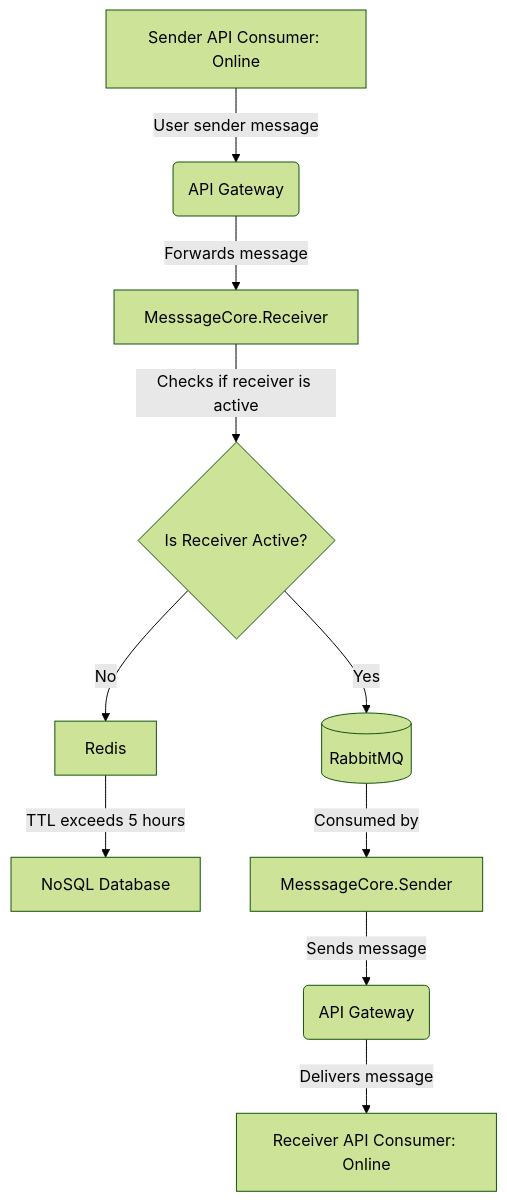
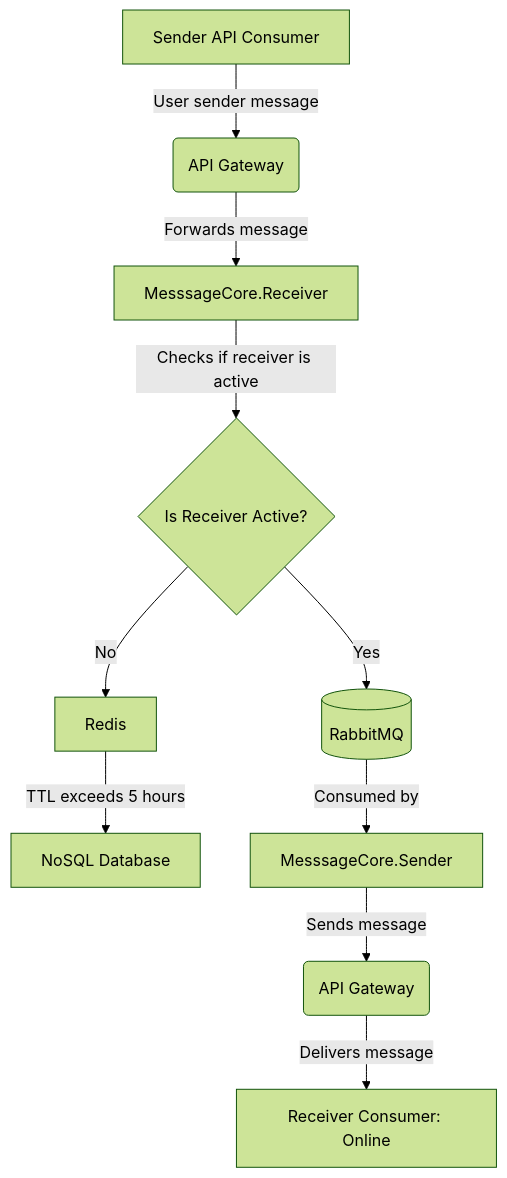
Before and after one commit to Klik-Bait/Klik-Core: the diagram in README.md, drawn with Mermaid (forest theme). The commit also changed other lines of this file, not shown here.

````diff
--- a/README.md
+++ b/README.md
@@ -10,13 +10,13 @@
 ```mermaid
 graph TD
-    A[Sender API Consumer: Online] -->|User sender message| B(API Gateway)
+    A[Sender API Consumer] -->|User sender message| B(API Gateway)
     B -->|Forwards message| C[MesssageCore.Receiver]
     C -->|Checks if receiver is active| X{Is Receiver Active?}
     X -->|Yes| D[(RabbitMQ)]
     X -->|No| R[Redis]
     R -->|TTL exceeds 5 hours| N[NoSQL Database]
     D -->|Consumed by| E[MesssageCore.Sender]
     E -->|Sends message| F(API Gateway)
-    F -->|Delivers message| G[Receiver API Consumer: Online]
+    F -->|Delivers message| G[Receiver Consumer: Online]
 
 ```
````
